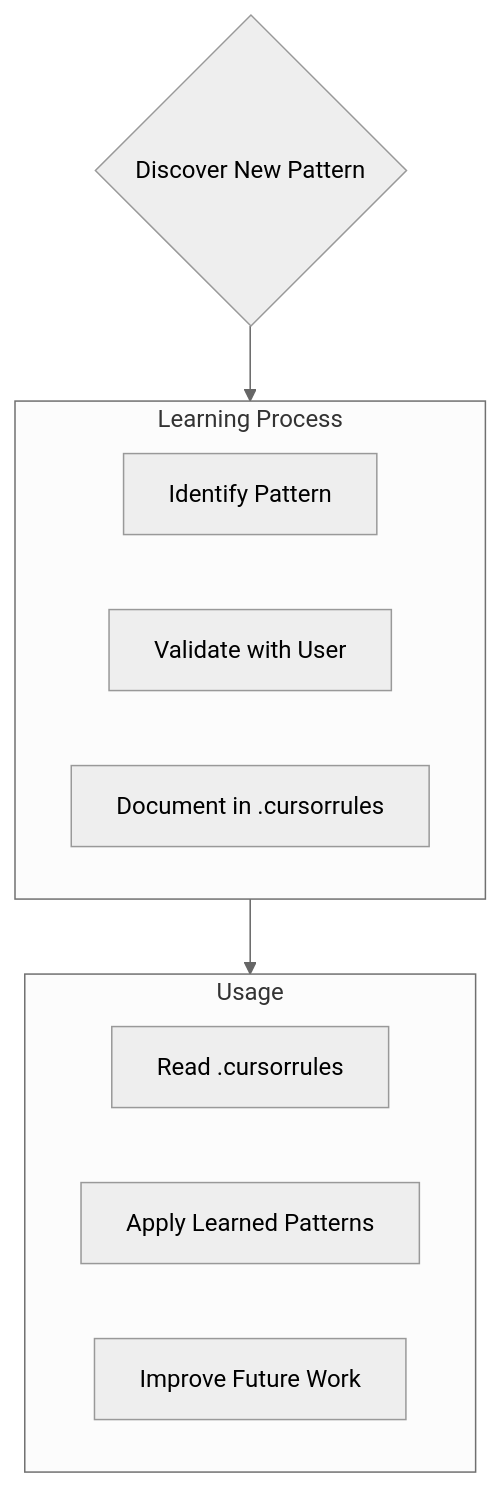
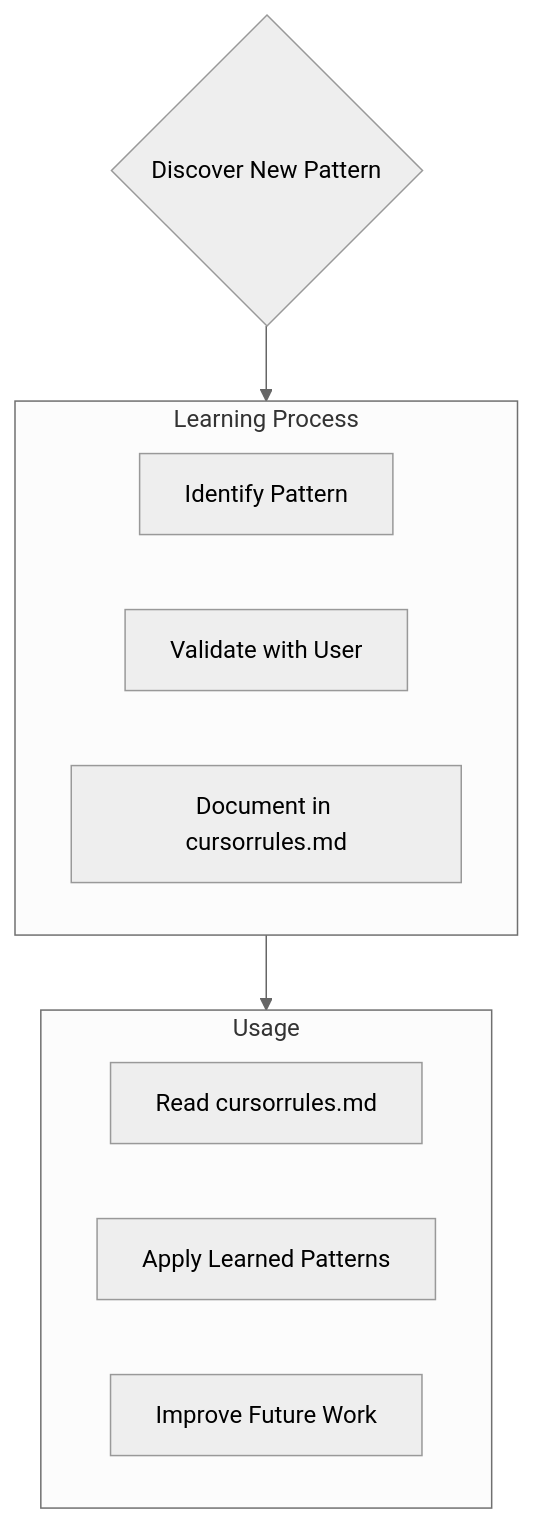
One commit to TheCrypDough/DreamerAi changed the fifth of 5 diagrams in .cursor/rules/cursorrules.mdc. Above: the diagram before and after it, drawn with Mermaid (neutral theme). The commit also changed other lines of this file and 22 other files, not shown here.

````diff
--- a/.cursor/rules/cursorrules.mdc
+++ b/.cursor/rules/cursorrules.mdc
@@ -341,19 +342,19 @@
 ```mermaid
 flowchart TD
     Start{Discover New Pattern}
     
     subgraph Learn [Learning Process]
         D1[Identify Pattern]
         D2[Validate with User]
-        D3[Document in .cursorrules]
+        D3[Document in cursorrules.md]
     end
     
     subgraph Apply [Usage]
-        A1[Read .cursorrules]
+        A1[Read cursorrules.md]
         A2[Apply Learned Patterns]
         A3[Improve Future Work]
     end
     
     Start --> Learn
     Learn --> Apply
 ```
````
